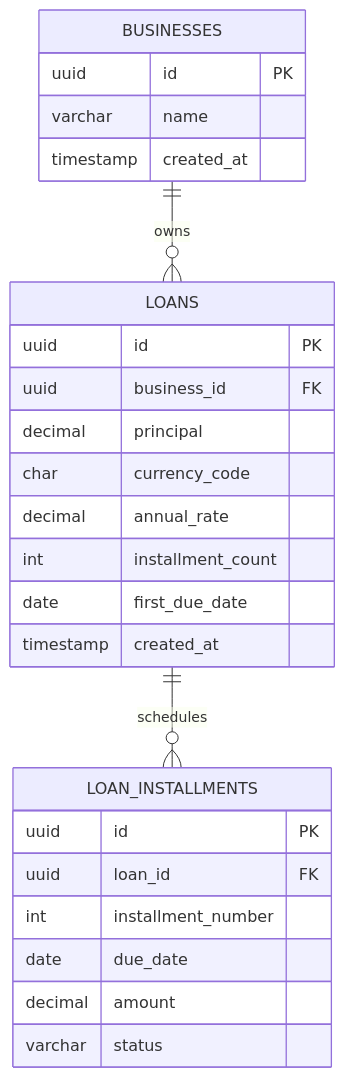
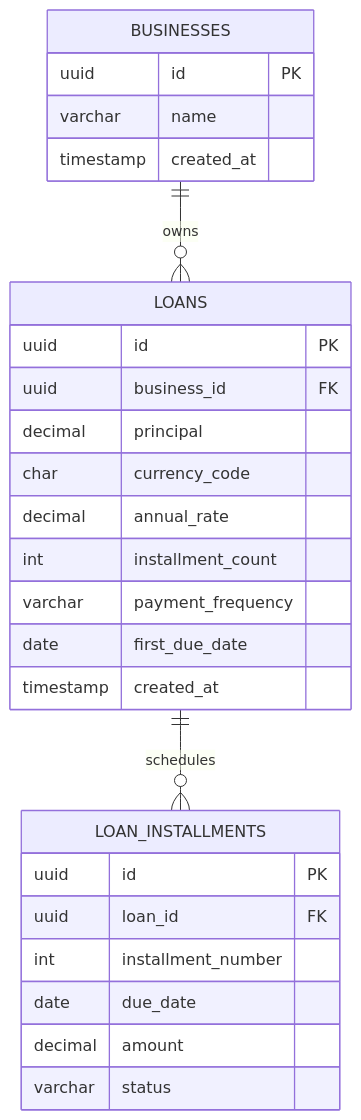
Before and after one commit to Grupo-Desarrollo-Aplicaciones-Web/upc-project-report: the diagram in assets/architecture/database-loans.mmd, drawn with Mermaid. The commit also changed 27 other files, not shown here.

Commit message:
docs(architecture): align frontend containers classes and database

```diff
--- a/assets/architecture/database-loans.mmd
+++ b/assets/architecture/database-loans.mmd
@@ -1,27 +1,28 @@
 erDiagram
   BUSINESSES ||--o{ LOANS : owns
   LOANS ||--o{ LOAN_INSTALLMENTS : schedules
 
   BUSINESSES {
     uuid id PK
     varchar name
     timestamp created_at
   }
   LOANS {
     uuid id PK
     uuid business_id FK
     decimal principal
     char currency_code
     decimal annual_rate
     int installment_count
+    varchar payment_frequency
     date first_due_date
     timestamp created_at
   }
   LOAN_INSTALLMENTS {
     uuid id PK
     uuid loan_id FK
     int installment_number
     date due_date
     decimal amount
     varchar status
   }
```
